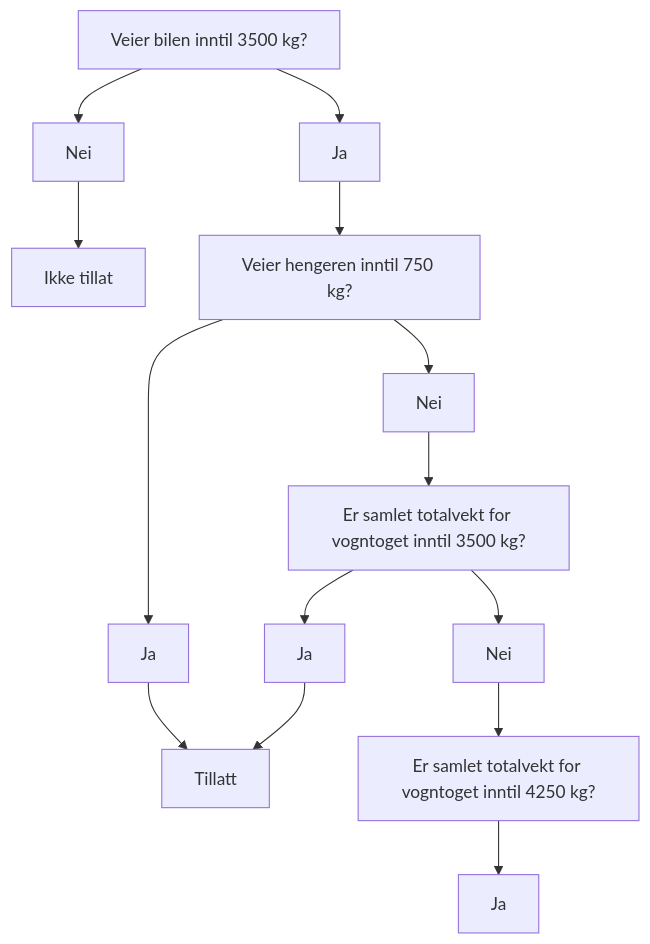
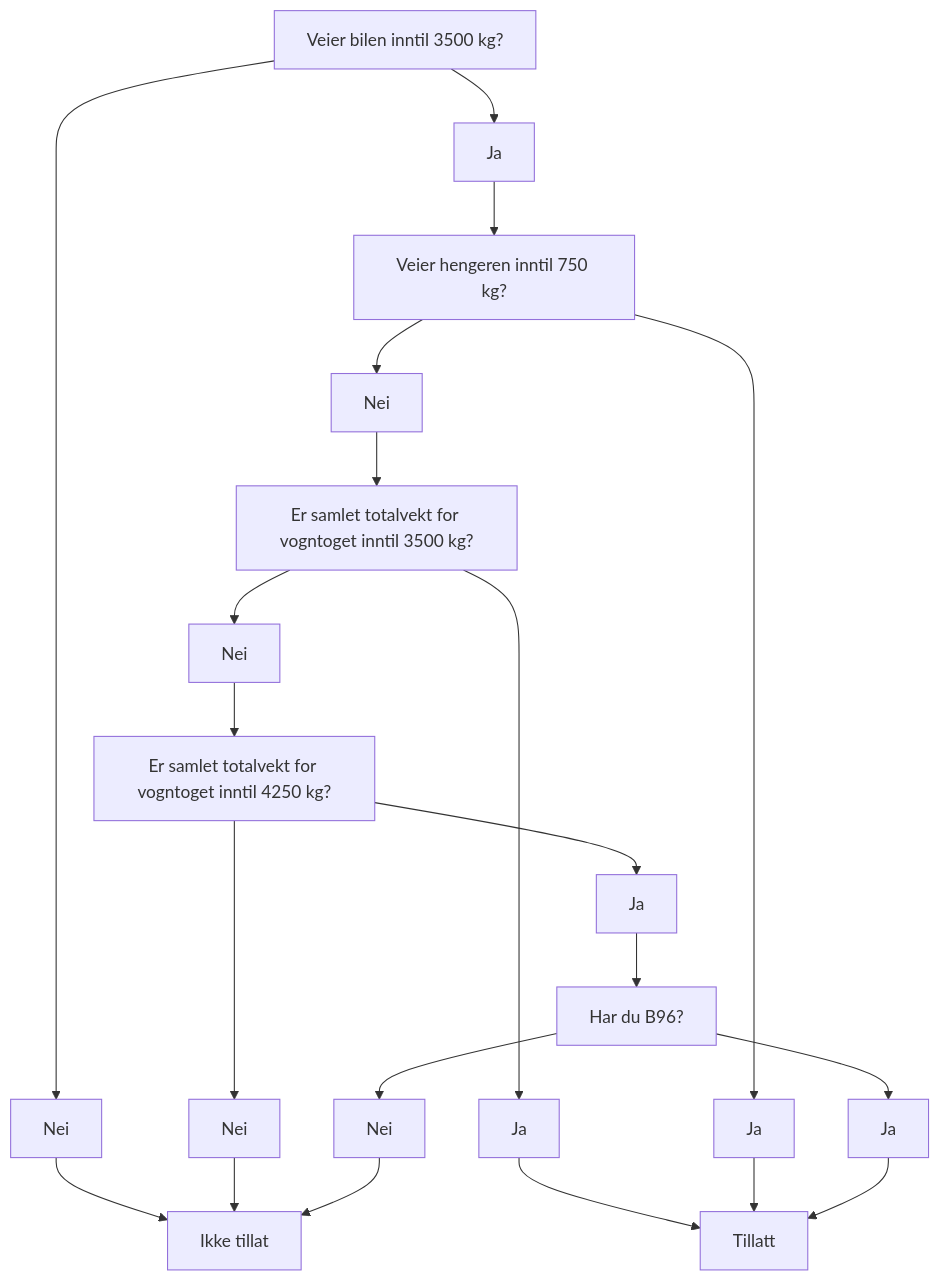
Before and after one commit to davidsteinsland/tilhengerlappen: the diagram in README.md, drawn with Mermaid.

Commit message:
legger til manglende del av diagrammet

````diff
--- a/README.md
+++ b/README.md
@@ -74,12 +74,16 @@
 ```mermaid
 flowchart TD
     A[Veier bilen inntil 3500 kg?]
     A --> Nei --> B[Ikke tillat]
     A --> C[Ja] --> G[Veier hengeren inntil 750 kg?]
     G --> E[Nei] --> F[Er samlet totalvekt for vogntoget inntil 3500 kg?]
     F --> N[Ja] --> Tillatt
     F --> H[Nei]
     G --> D[Ja] --> Tillatt
     H --> I[Er samlet totalvekt for vogntoget inntil 4250 kg?]
     I --> J[Ja]
+    I --> K[Nei] --> B
+    J --> L[Har du B96?] --> M[Ja] --> Tillatt
+    L --> O[Nei] --> B
+
 ```
````
